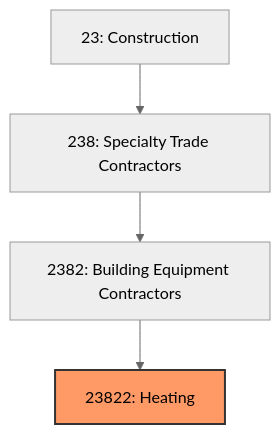
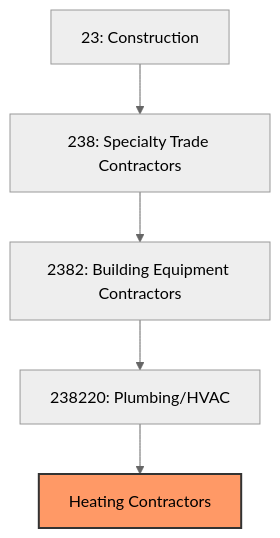
Before and after one commit to kziemski/business.org.ai: the first of 3 diagrams in industries/Construction/SpecialtyTradeContractors/BuildingEquipmentContractors/Heating.mdx, drawn with Mermaid (neutral theme). The commit also changed other lines of this file and 20 other files, not shown here.

````diff
--- a/industries/Construction/SpecialtyTradeContractors/BuildingEquipmentContractors/Heating.mdx
+++ b/industries/Construction/SpecialtyTradeContractors/BuildingEquipmentContractors/Heating.mdx
@@ -20,8 +36,9 @@
 ```mermaid
 graph TD
     S23["23: Construction"]
     S23 --> N238["238: Specialty Trade Contractors"]
     N238 --> N2382["2382: Building Equipment Contractors"]
-    N2382 --> N23822["23822: Heating"]
-    style N23822 fill:#f96,stroke:#333,stroke-width:2px
+    N2382 --> N238220["238220: Plumbing/HVAC"]
+    N238220 --> Heat["Heating Contractors"]
+    style Heat fill:#f96,stroke:#333,stroke-width:2px
 ```
````
